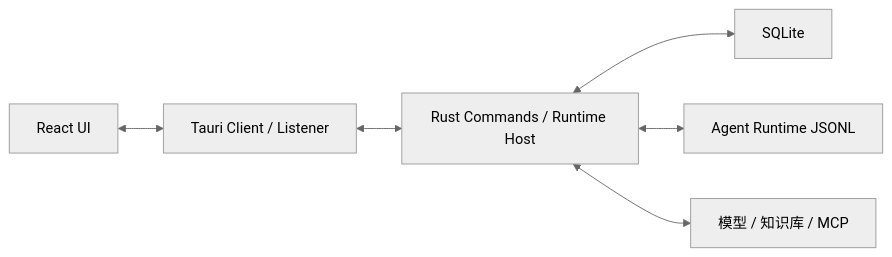
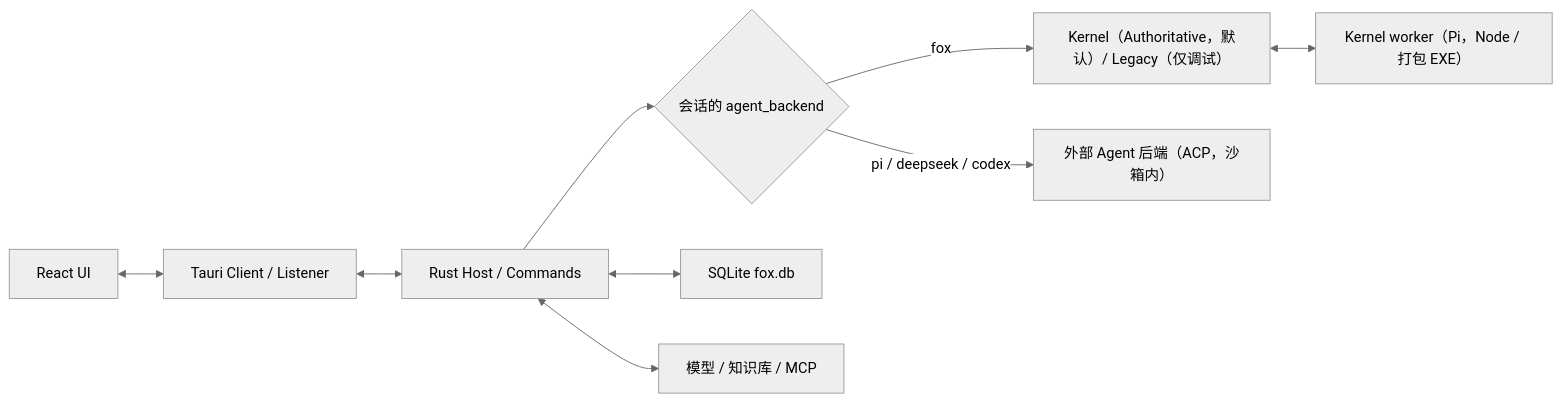
Before and after one commit to Hry1729/Fox-Agent: the diagram in docs/05-开发指南/调试指南.md, drawn with Mermaid (neutral theme). The commit also changed other lines of this file, not shown here.

Commit message:
docs: 调试指南补充执行路径、外部 Agent 与 Medium 完整性 [skip ci]

````diff
--- a/docs/05-开发指南/调试指南.md
+++ b/docs/05-开发指南/调试指南.md
@@ -14,8 +14,11 @@
 ```mermaid
 flowchart LR
   UI["React UI"] <--> Client["Tauri Client / Listener"]
-  Client <--> Host["Rust Commands / Runtime Host"]
-  Host <--> DB["SQLite"]
-  Host <--> Sidecar["Agent Runtime JSONL"]
+  Client <--> Host["Rust Host / Commands"]
+  Host --> Route{"会话的 agent_backend"}
+  Route -->|"fox"| Kernel["Kernel（Authoritative，默认）/ Legacy（仅调试）"]
+  Kernel <--> Worker["Kernel worker（Pi，Node / 打包 EXE）"]
+  Route -->|"pi / deepseek / codex"| ACP["外部 Agent 后端（ACP，沙箱内）"]
+  Host <--> DB["SQLite fox.db"]
   Host <--> Service["模型 / 知识库 / MCP"]
 ```
````
